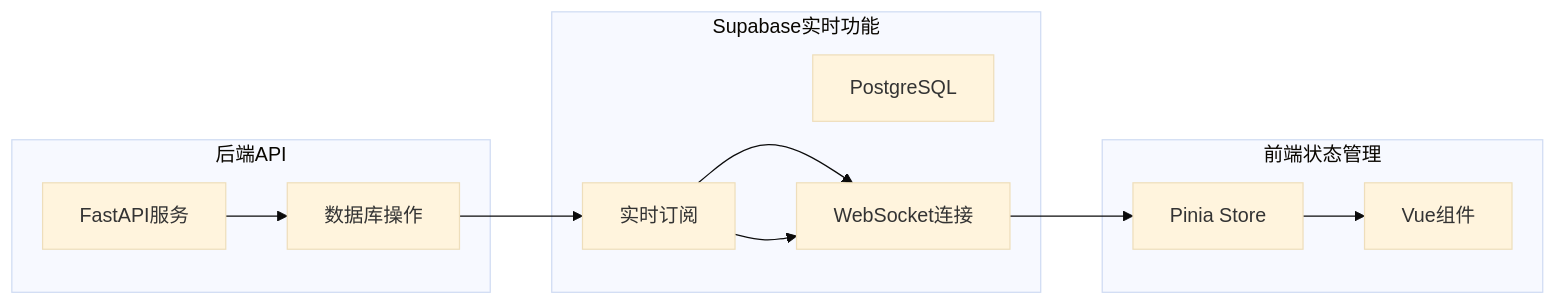
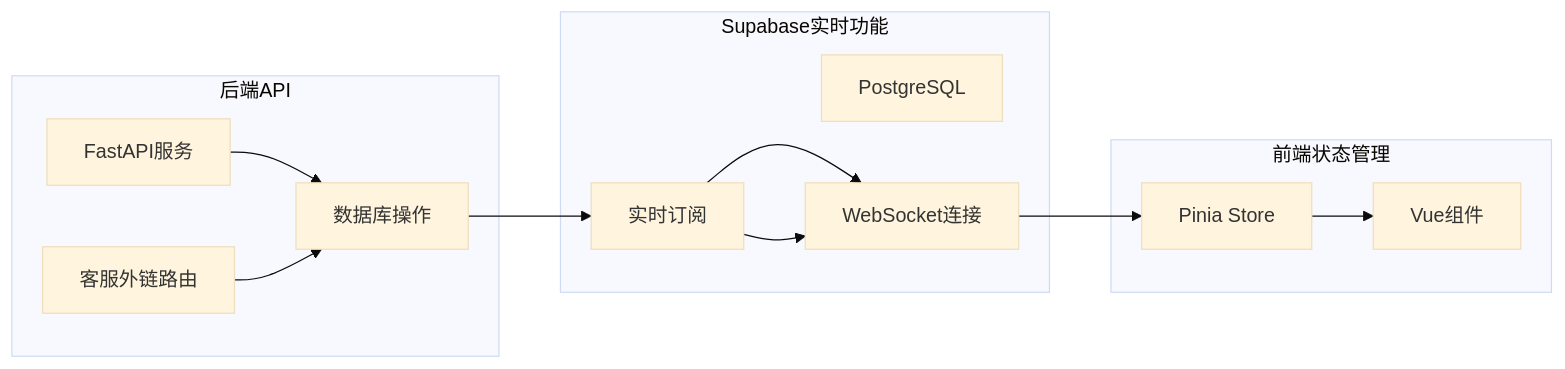
One commit to SY6621/POD-Order-Management changed the ninth of 16 diagrams in .qoder/repowiki/zh/content/项目概述.md. Above: the diagram before and after it, drawn with Mermaid (base theme). The commit also changed other lines of this file and 15 other files, not shown here.

````diff
--- a/.qoder/repowiki/zh/content/项目概述.md
+++ b/.qoder/repowiki/zh/content/项目概述.md
@@ -264,22 +442,24 @@
 ```mermaid
 graph LR
 subgraph "Supabase实时功能"
 Realtime[实时订阅]
 Postgres[PostgreSQL]
 WebSocket[WebSocket连接]
 end
 subgraph "前端状态管理"
 PiniaStore[Pinia Store]
 VueComponents[Vue组件]
 end
 subgraph "后端API"
 FastAPI[FastAPI服务]
 Database[数据库操作]
+ServiceLinkRoutes[客服外链路由]
 end
 Realtime --> WebSocket
 WebSocket --> PiniaStore
 PiniaStore --> VueComponents
 FastAPI --> Database
 Database --> Realtime
+ServiceLinkRoutes --> Database
 Realtime --> WebSocket
 ```
````
